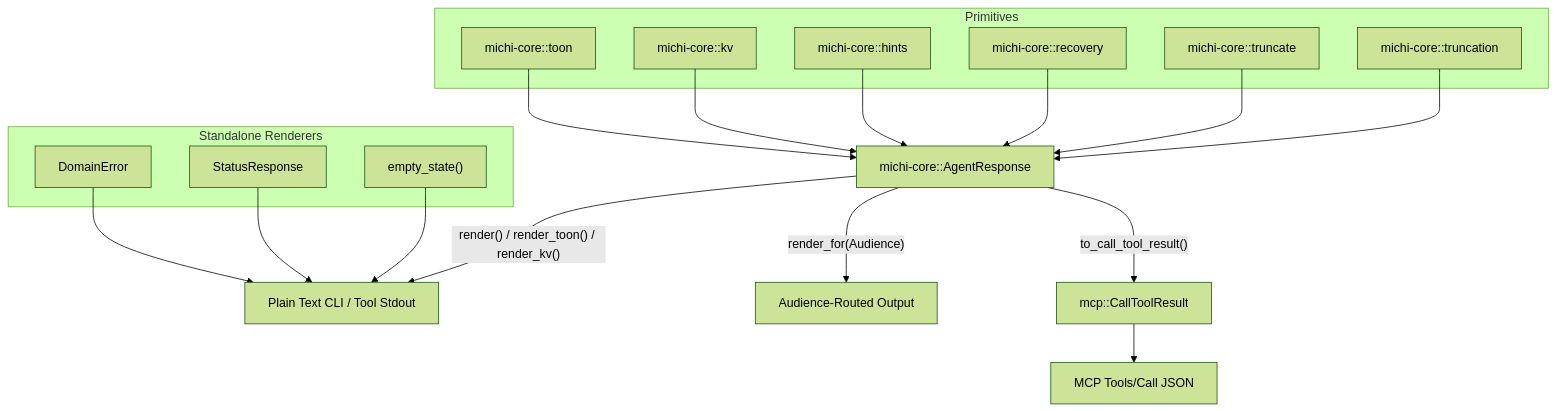
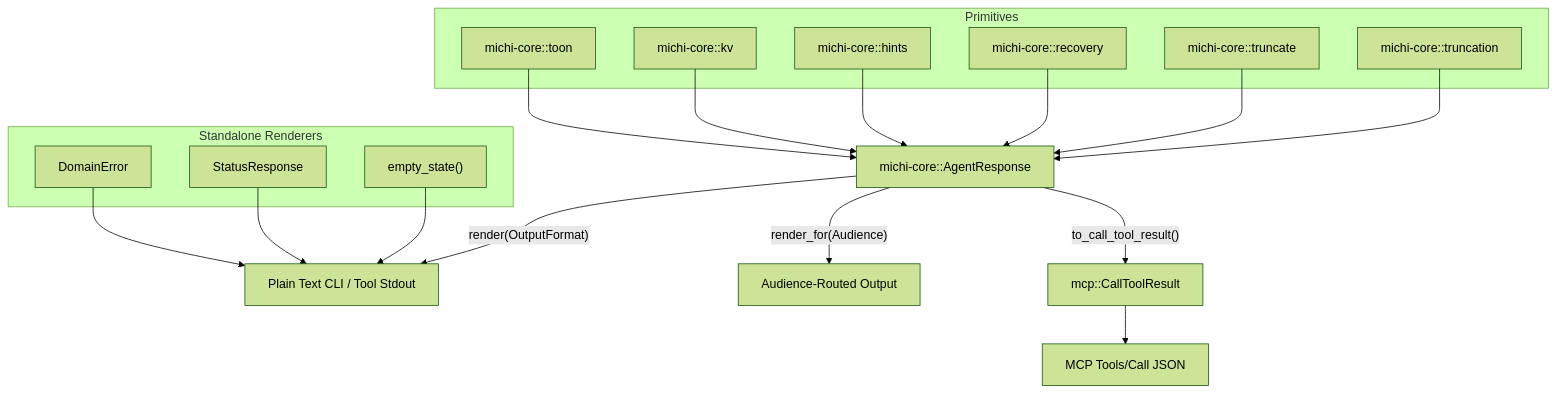
One commit to orin-dx/michi changed the second of 2 diagrams in ARCHITECTURE.md. Above: the diagram before and after it, drawn with Mermaid (forest theme). The commit also changed 15 other files, not shown here.

````diff
--- a/ARCHITECTURE.md
+++ b/ARCHITECTURE.md
@@ -54,35 +54,35 @@
 ```mermaid
 flowchart TB
     subgraph primitives["Primitives"]
         toon["michi-core::toon"]
         kv["michi-core::kv"]
         hints["michi-core::hints"]
         recovery["michi-core::recovery"]
         truncate["michi-core::truncate"]
         truncation["michi-core::truncation"]
     end
 
     toon --> AR
     kv --> AR
     hints --> AR
     recovery --> AR
     truncate --> AR
     truncation --> AR
 
     AR["michi-core::AgentResponse"]
 
-    AR -->|"render() / render_toon() / render_kv()"| text["Plain Text CLI / Tool Stdout"]
+    AR -->|"render(OutputFormat)"| text["Plain Text CLI / Tool Stdout"]
     AR -->|"render_for(Audience)"| textaud["Audience-Routed Output"]
     AR -->|"to_call_tool_result()"| mcpresult["mcp::CallToolResult"]
     mcpresult --> mcpjson["MCP Tools/Call JSON"]
 
     subgraph standalone["Standalone Renderers"]
         err["DomainError"]
         status["StatusResponse"]
         empty["empty_state()"]
     end
 
     err --> text
     status --> text
     empty --> text
 ```
````
